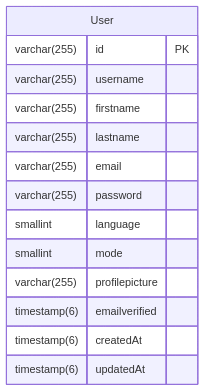
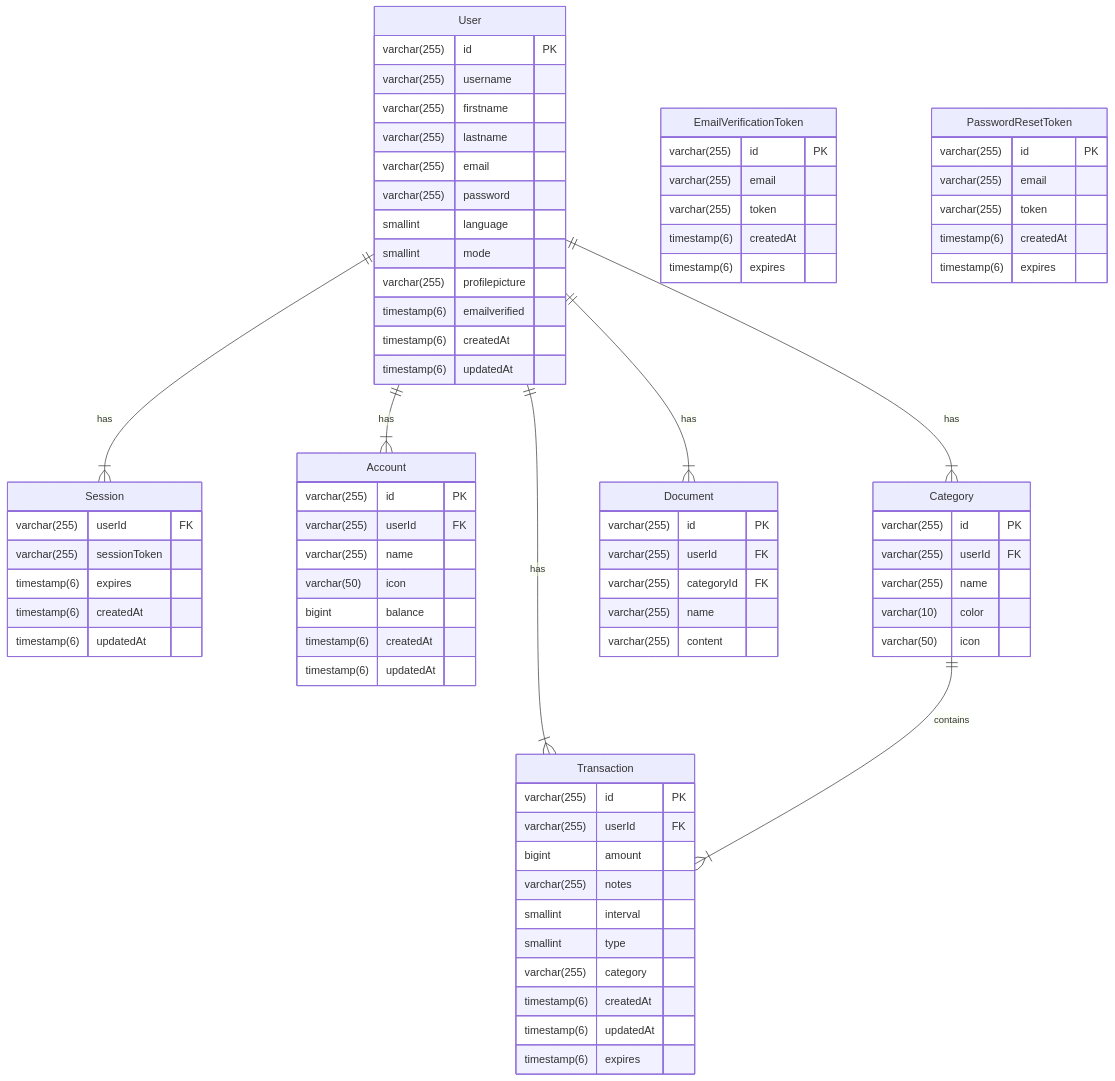
The second of 2 diagrams in docs/docs/architektur/datamodel.md (aghyy/Fidex), drawn with Mermaid before and after one commit.

Commit message:
Finished implementing ERD-Modell based on technical data model

````diff
--- a/docs/docs/architektur/datamodel.md
+++ b/docs/docs/architektur/datamodel.md
@@ -117,4 +117,74 @@
         timestamp(6) createdAt
         timestamp(6) updatedAt
     }
+
+    Session {
+        varchar(255) userId FK
+        varchar(255) sessionToken
+        timestamp(6) expires
+        timestamp(6) createdAt
+        timestamp(6) updatedAt
+    }
+
+    EmailVerificationToken {
+        varchar(255) id PK
+        varchar(255) email
+        varchar(255) token
+        timestamp(6) createdAt
+        timestamp(6) expires
+    }
+
+    PasswordResetToken {
+        varchar(255) id PK
+        varchar(255) email
+        varchar(255) token
+        timestamp(6) createdAt
+        timestamp(6) expires
+    }
+
+    Account {
+        varchar(255) id PK
+        varchar(255) userId FK
+        varchar(255) name
+        varchar(50) icon
+        bigint balance
+        timestamp(6) createdAt
+        timestamp(6) updatedAt
+    }
+
+    Transaction {
+        varchar(255) id PK
+        varchar(255) userId FK
+        bigint amount
+        varchar(255) notes
+        smallint interval
+        smallint type
+        varchar(255) category
+        timestamp(6) createdAt
+        timestamp(6) updatedAt
+        timestamp(6) expires
+    }
+
+    Category {
+        varchar(255) id PK
+        varchar(255) userId FK
+        varchar(255) name
+        varchar(10) color
+        varchar(50) icon
+    }
+
+    Document {
+        varchar(255) id PK
+        varchar(255) userId FK
+        varchar(255) categoryId FK
+        varchar(255) name
+        varchar(255) content
+    }
+
+    User ||--|{ Account : "has"
+    User ||--|{ Session : "has"
+    User ||--|{ Transaction : "has"
+    User ||--|{ Category : "has"
+    User ||--|{ Document : "has"
+    Category ||--|{ Transaction : "contains"
 ```
````
